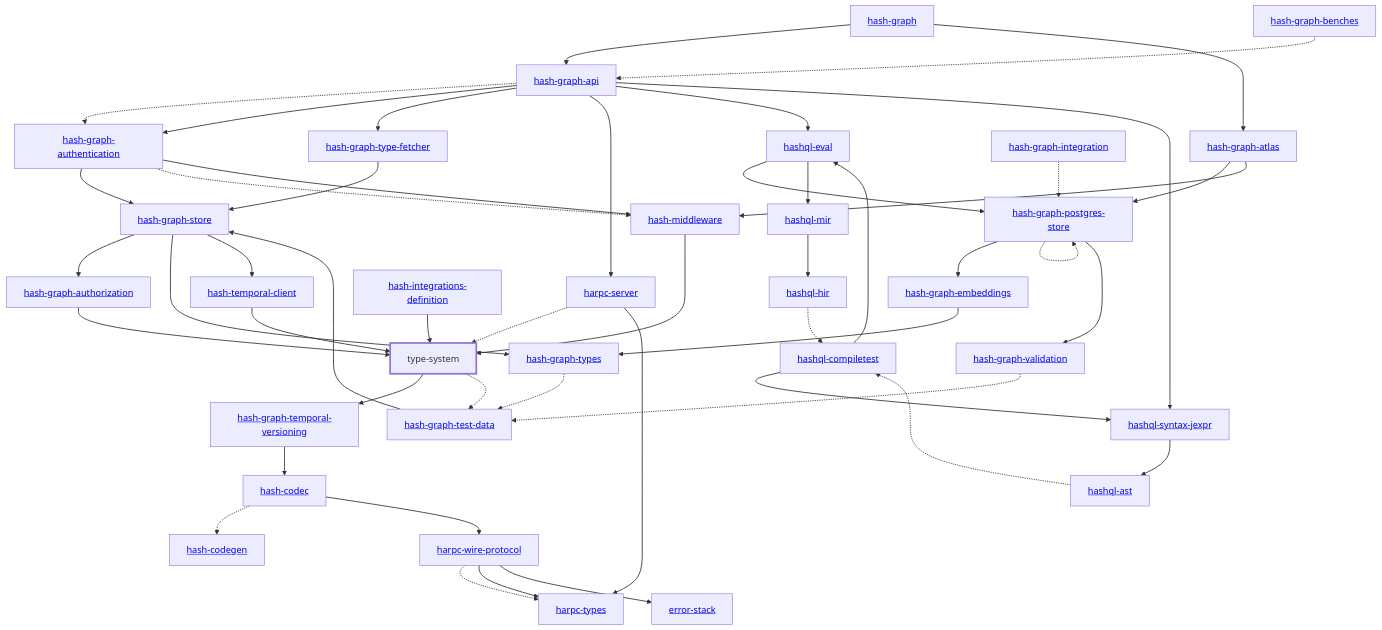
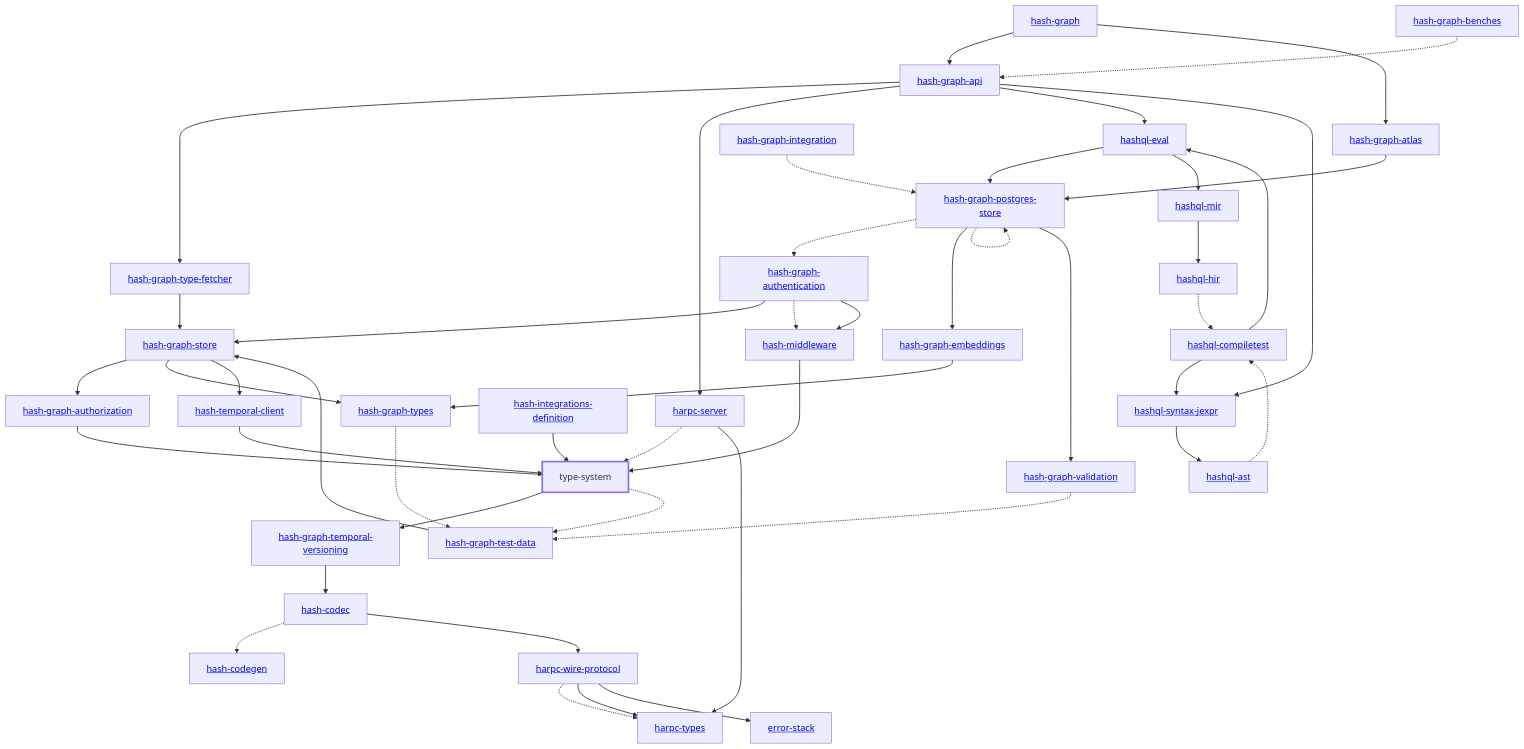
Before and after one commit to hashintel/hash: the diagram in libs/@blockprotocol/type-system/rust/docs/dependency-diagram.mmd, drawn with Mermaid. The commit also changed 47 other files, not shown here.

Commit message:
Authenticate public Graph API requests with API tokens

```diff
--- a/libs/@blockprotocol/type-system/rust/docs/dependency-diagram.mmd
+++ b/libs/@blockprotocol/type-system/rust/docs/dependency-diagram.mmd
@@ -1,90 +1,88 @@
 graph TD
     linkStyle default stroke-width:1.5px
     classDef default stroke-width:1px
     classDef root stroke-width:3px
     classDef dev stroke-width:1px
     classDef build stroke-width:1px
     %% Legend
     %% --> : Normal dependency
     %% -.-> : Dev dependency
     %% ---> : Build dependency
     0[<a href="../hash_graph/index.html">hash-graph</a>]
     1[type-system]
     class 1 root
     2[<a href="../hash_codec/index.html">hash-codec</a>]
     3[<a href="../hash_codegen/index.html">hash-codegen</a>]
     4[<a href="../hash_graph_api/index.html">hash-graph-api</a>]
     5[<a href="../hash_graph_atlas/index.html">hash-graph-atlas</a>]
     6[<a href="../hash_graph_authentication/index.html">hash-graph-authentication</a>]
     7[<a href="../hash_graph_authorization/index.html">hash-graph-authorization</a>]
     8[<a href="../hash_graph_embeddings/index.html">hash-graph-embeddings</a>]
     9[<a href="../hash_graph_postgres_store/index.html">hash-graph-postgres-store</a>]
     10[<a href="../hash_graph_store/index.html">hash-graph-store</a>]
     11[<a href="../hash_graph_temporal_versioning/index.html">hash-graph-temporal-versioning</a>]
     12[<a href="../hash_graph_type_fetcher/index.html">hash-graph-type-fetcher</a>]
     13[<a href="../hash_graph_types/index.html">hash-graph-types</a>]
     14[<a href="../hash_graph_validation/index.html">hash-graph-validation</a>]
     15[<a href="../harpc_server/index.html">harpc-server</a>]
     16[<a href="../harpc_types/index.html">harpc-types</a>]
     17[<a href="../harpc_wire_protocol/index.html">harpc-wire-protocol</a>]
     18[<a href="../hashql_ast/index.html">hashql-ast</a>]
     19[<a href="../hashql_compiletest/index.html">hashql-compiletest</a>]
     20[<a href="../hashql_eval/index.html">hashql-eval</a>]
     21[<a href="../hashql_hir/index.html">hashql-hir</a>]
     22[<a href="../hashql_mir/index.html">hashql-mir</a>]
     23[<a href="../hashql_syntax_jexpr/index.html">hashql-syntax-jexpr</a>]
     24[<a href="../hash_integrations_definition/index.html">hash-integrations-definition</a>]
     25[<a href="../hash_middleware/index.html">hash-middleware</a>]
     26[<a href="../hash_temporal_client/index.html">hash-temporal-client</a>]
     27[<a href="../error_stack/index.html">error-stack</a>]
     28[<a href="../hash_graph_benches/index.html">hash-graph-benches</a>]
     29[<a href="../hash_graph_integration/index.html">hash-graph-integration</a>]
     30[<a href="../hash_graph_test_data/index.html">hash-graph-test-data</a>]
     0 --> 4
     0 --> 5
     1 --> 11
     1 -.-> 30
     2 -.-> 3
     2 --> 17
-    4 -.-> 6
-    4 --> 6
     4 --> 12
     4 --> 15
     4 --> 20
     4 --> 23
     5 --> 9
-    5 --> 25
     6 --> 10
     6 -.-> 25
     6 --> 25
     7 --> 1
     8 --> 13
+    9 -.-> 6
     9 --> 8
     9 -.-> 9
     9 --> 14
     10 --> 7
     10 --> 13
     10 --> 26
     11 --> 2
     12 --> 10
     13 -.-> 30
     14 -.-> 30
     15 -.-> 1
     15 --> 16
     17 -.-> 16
     17 --> 16
     17 --> 27
     18 -.-> 19
     19 --> 20
     19 --> 23
     20 --> 9
     20 --> 22
     21 -.-> 19
     22 --> 21
     23 --> 18
     24 --> 1
     25 --> 1
     26 --> 1
     28 -.-> 4
     29 -.-> 9
     30 --> 10
```
